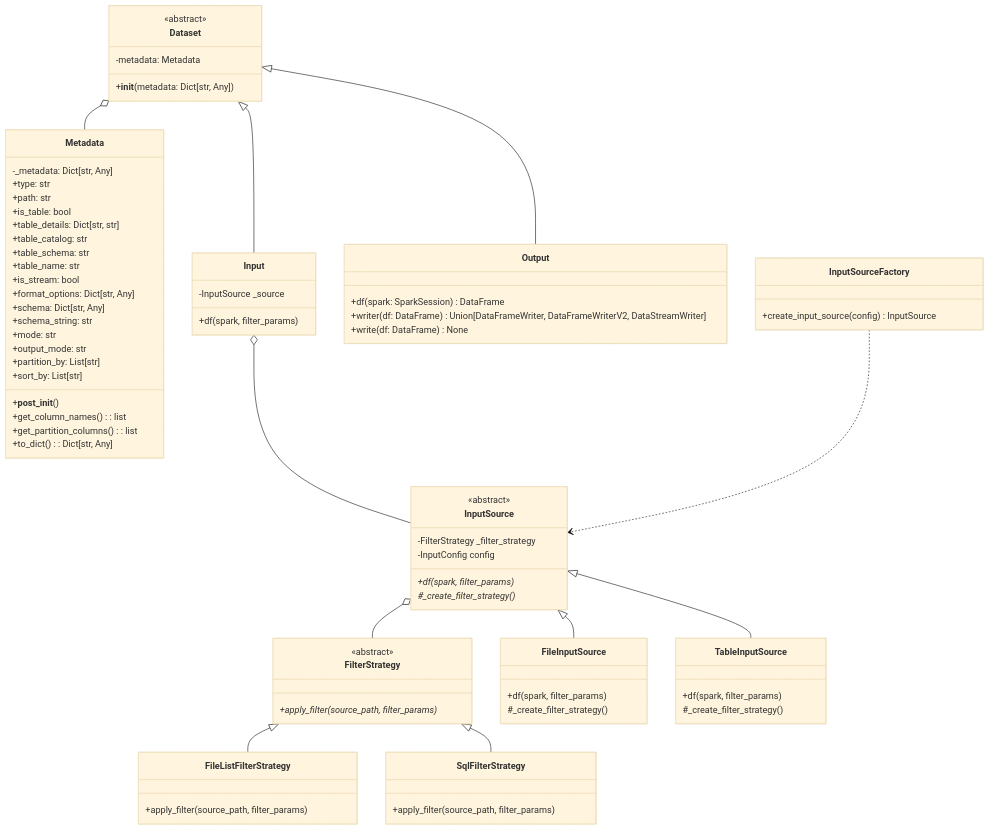
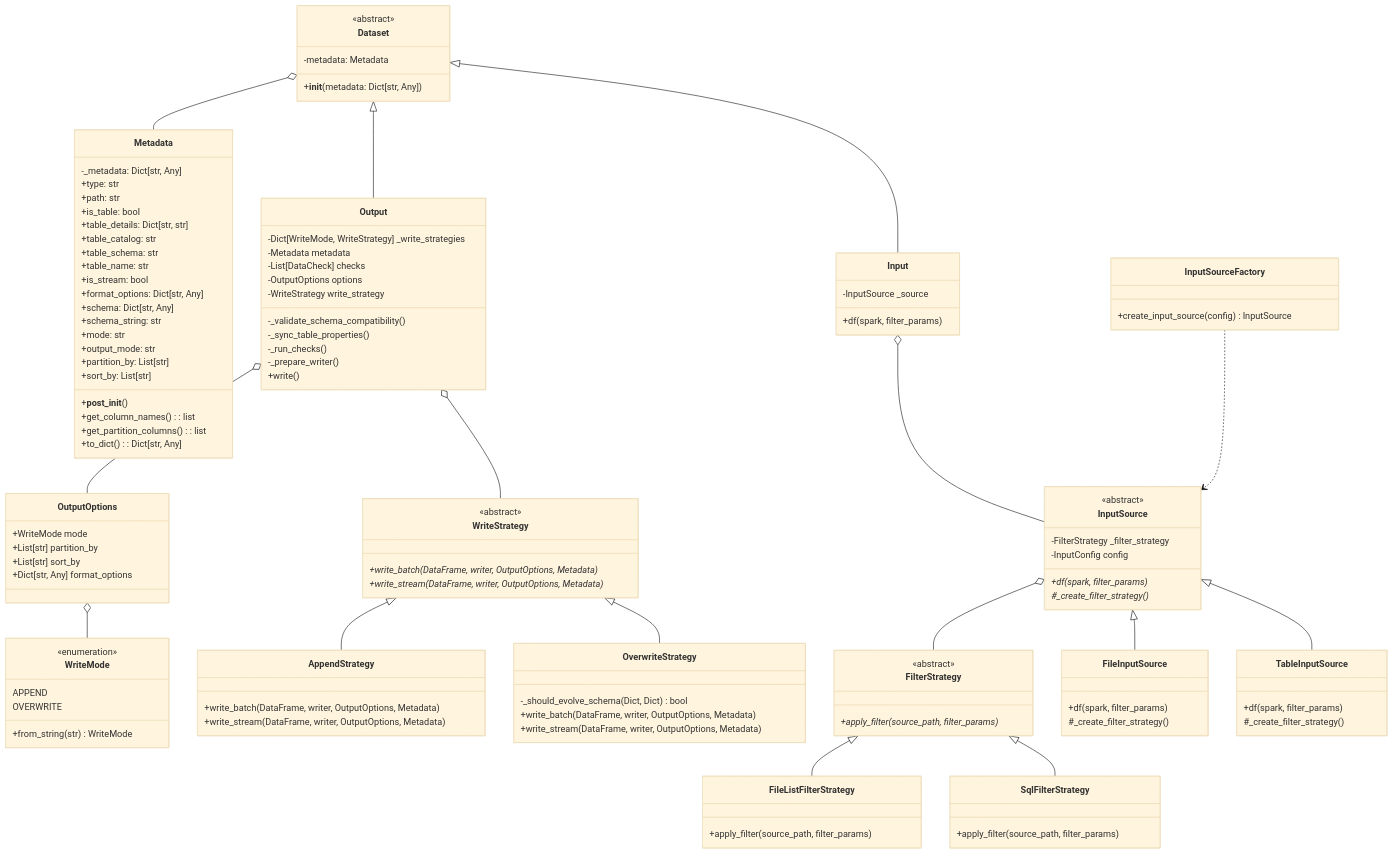
One commit to zeta-co/dtb changed the diagram in docs/io/classes.mermaid. Above: the diagram before and after it, drawn with Mermaid (base theme). The commit also changed 6 other files, not shown here.

```diff
--- a/docs/io/classes.mermaid
+++ b/docs/io/classes.mermaid
@@ -1,87 +1,130 @@
 classDiagram
 
     class Dataset {
         <<abstract>>
         -metadata: Metadata
         +__init__(metadata: Dict[str, Any])
     }
 
     class Metadata {
         -_metadata: Dict[str, Any]
         +__post_init__()
         +type: str
         +path: str
         +is_table: bool
         +table_details: Dict[str, str]
         +table_catalog: str
         +table_schema: str
         +table_name: str
         +is_stream: bool
         +format_options: Dict[str, Any]
         +schema: Dict[str, Any]
         +schema_string: str
         +mode: str
         +output_mode: str
         +partition_by: List[str]
         +sort_by: List[str]
         +get_column_names(): list
         +get_partition_columns(): list
         +to_dict(): Dict[str, Any]
     }
 
     class Input {
         -InputSource _source
         +df(spark, filter_params)
     }
 
+    class WriteMode {
+        <<enumeration>>
+        APPEND
+        OVERWRITE
+        +from_string(str) WriteMode
+    }
+
+    class WriteStrategy {
+        <<abstract>>
+        +write_batch(DataFrame, writer, OutputOptions, Metadata)*
+        +write_stream(DataFrame, writer, OutputOptions, Metadata)*
+    }
+
+    class AppendStrategy {
+        +write_batch(DataFrame, writer, OutputOptions, Metadata)
+        +write_stream(DataFrame, writer, OutputOptions, Metadata)
+    }
+
+    class OverwriteStrategy {
+        -_should_evolve_schema(Dict, Dict) bool
+        +write_batch(DataFrame, writer, OutputOptions, Metadata)
+        +write_stream(DataFrame, writer, OutputOptions, Metadata)
+    }
+
+    class OutputOptions {
+        +WriteMode mode
+        +List[str] partition_by
+        +List[str] sort_by
+        +Dict[str, Any] format_options
+    }    
+
     class Output {
-        +df(spark: SparkSession) DataFrame
-        +writer(df: DataFrame) Union[DataFrameWriter, DataFrameWriterV2, DataStreamWriter]
-        +write(df: DataFrame) None
+        -Dict[WriteMode, WriteStrategy] _write_strategies
+        -Metadata metadata
+        -List[DataCheck] checks
+        -OutputOptions options
+        -WriteStrategy write_strategy
+        -_validate_schema_compatibility()
+        -_sync_table_properties()
+        -_run_checks()
+        -_prepare_writer()
+        +write()
     }
 
     class FilterStrategy {
         <<abstract>>
         +apply_filter(source_path, filter_params)*
     }
 
     class FileListFilterStrategy {
         +apply_filter(source_path, filter_params)
     }
 
     class SqlFilterStrategy {
         +apply_filter(source_path, filter_params)
     }
 
     class InputSourceFactory {
         +create_input_source(config) InputSource
     }
 
     class InputSource {
         <<abstract>>
         -FilterStrategy _filter_strategy
         -InputConfig config
         +df(spark, filter_params)*
         #_create_filter_strategy()*
     }
 
     class FileInputSource {
         +df(spark, filter_params)
         #_create_filter_strategy()
     }
 
     class TableInputSource {
         +df(spark, filter_params)
         #_create_filter_strategy()
     }
 
     Dataset o-- Metadata
     Dataset <|-- Input
     Dataset <|-- Output
     FilterStrategy <|-- FileListFilterStrategy
     FilterStrategy <|-- SqlFilterStrategy
     InputSource <|-- FileInputSource
     InputSource <|-- TableInputSource
     InputSource o-- FilterStrategy
     Input o-- InputSource
     InputSourceFactory ..> InputSource
+    WriteStrategy <|-- AppendStrategy
+    WriteStrategy <|-- OverwriteStrategy
+    Output o-- OutputOptions
+    Output o-- WriteStrategy
+    OutputOptions o-- WriteMode
```
